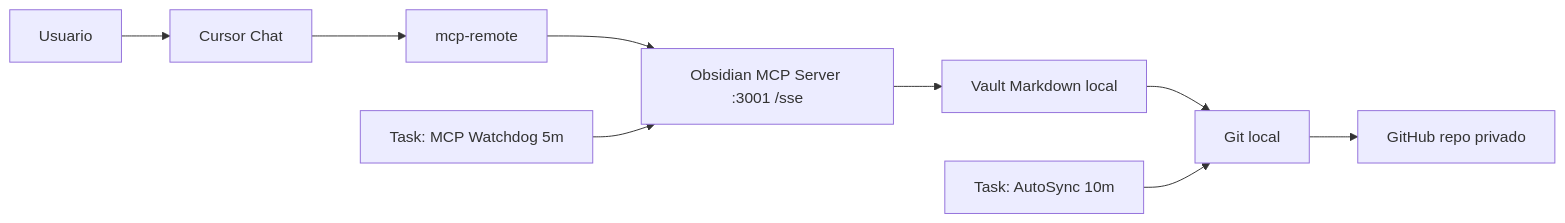
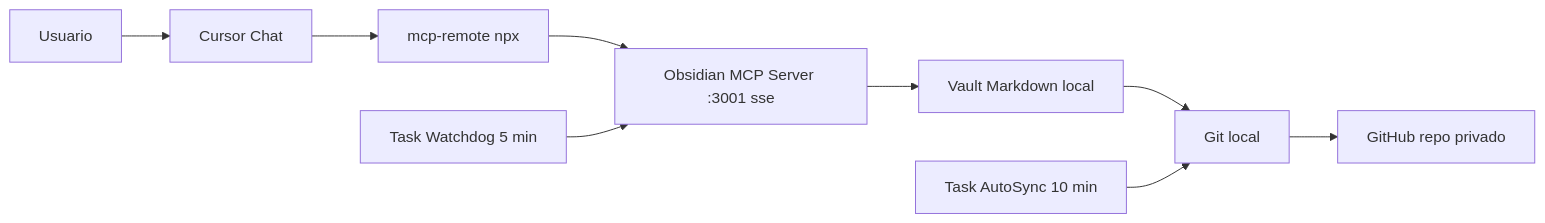
The diagram in README.md (Vahlame/cursor-obsidian-memory-guide), drawn with Mermaid before and after one commit. The commit also changed other lines of this file and 8 other files, not shown here.

````diff
--- a/README.md
+++ b/README.md
@@ -103,11 +40,11 @@
 ```mermaid
 flowchart LR
     U[Usuario] --> C[Cursor Chat]
-    C --> M[mcp-remote]
-    M --> S[Obsidian MCP Server :3001 /sse]
+    C --> M[mcp-remote npx]
+    M --> S[Obsidian MCP Server :3001 sse]
     S --> V[Vault Markdown local]
     V --> G[Git local]
     G --> R[GitHub repo privado]
-    W[Task: MCP Watchdog 5m] --> S
-    A[Task: AutoSync 10m] --> G
+    W[Task Watchdog 5 min] --> S
+    A[Task AutoSync 10 min] --> G
 ```
````
